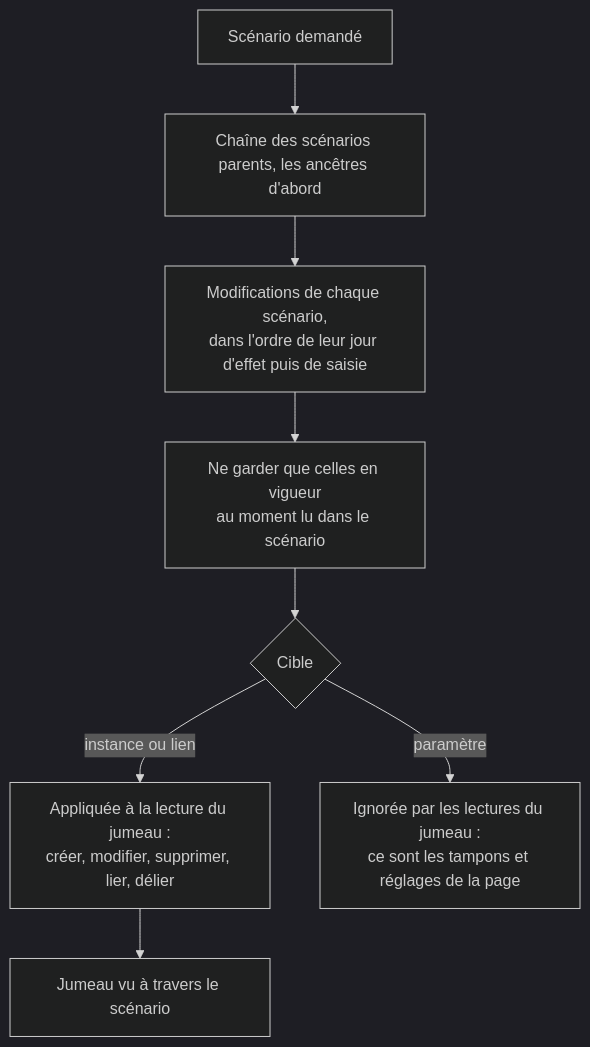
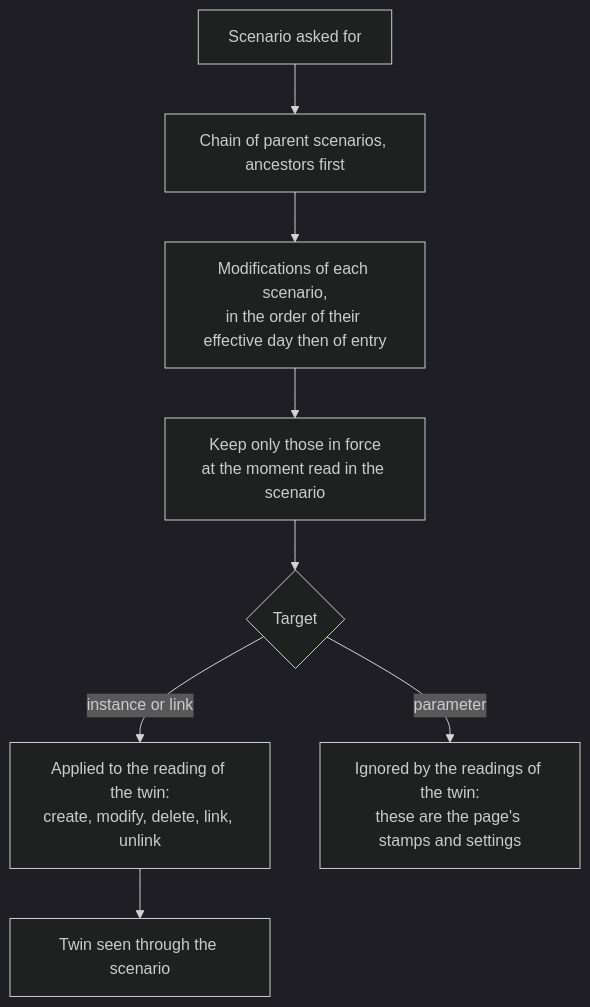
Diagram 16 of 30 in frontend/content/docs/product/algorithms.md (V1ktor7/obscyro), drawn with Mermaid (dark theme) before and after one commit. The commit also changed other lines of this file and 15 other files, not shown here.

````diff
--- a/frontend/content/docs/product/algorithms.md
+++ b/frontend/content/docs/product/algorithms.md
@@ -577,10 +578,10 @@
 ```mermaid
 flowchart TD
-    A["Scénario demandé"] --> B["Chaîne des scénarios parents, les ancêtres d'abord"]
-    B --> C["Modifications de chaque scénario,<br/>dans l'ordre de leur jour d'effet puis de saisie"]
-    C --> D["Ne garder que celles en vigueur<br/>au moment lu dans le scénario"]
-    D --> E{"Cible"}
-    E -->|"instance ou lien"| F["Appliquée à la lecture du jumeau :<br/>créer, modifier, supprimer, lier, délier"]
-    E -->|"paramètre"| G["Ignorée par les lectures du jumeau :<br/>ce sont les tampons et réglages de la page"]
-    F --> H["Jumeau vu à travers le scénario"]
+    A["Scenario asked for"] --> B["Chain of parent scenarios, ancestors first"]
+    B --> C["Modifications of each scenario,<br/>in the order of their effective day then of entry"]
+    C --> D["Keep only those in force<br/>at the moment read in the scenario"]
+    D --> E{"Target"}
+    E -->|"instance or link"| F["Applied to the reading of the twin:<br/>create, modify, delete, link, unlink"]
+    E -->|"parameter"| G["Ignored by the readings of the twin:<br/>these are the page's stamps and settings"]
+    F --> H["Twin seen through the scenario"]
 ```
````
